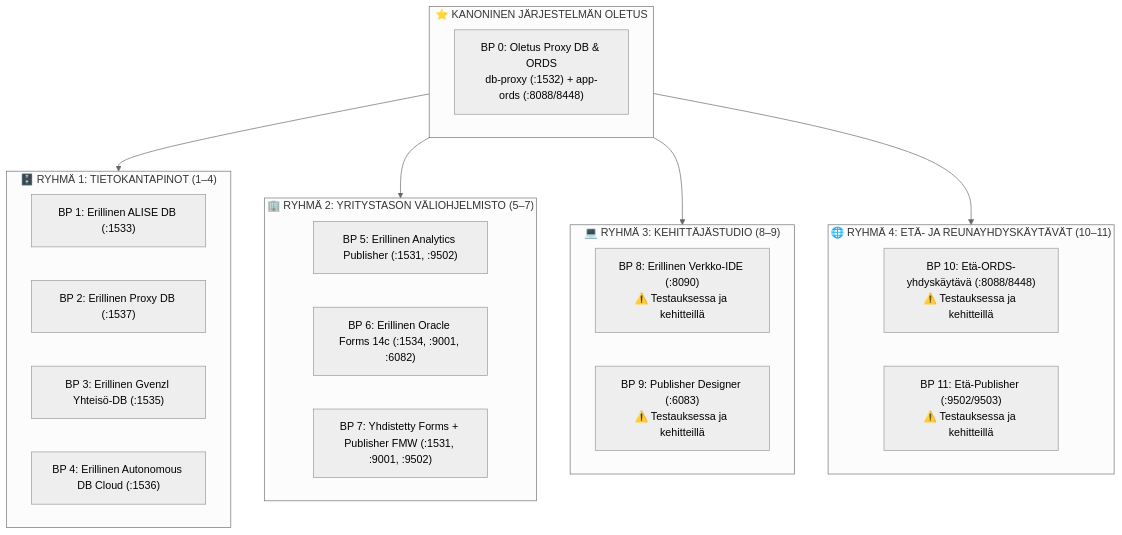
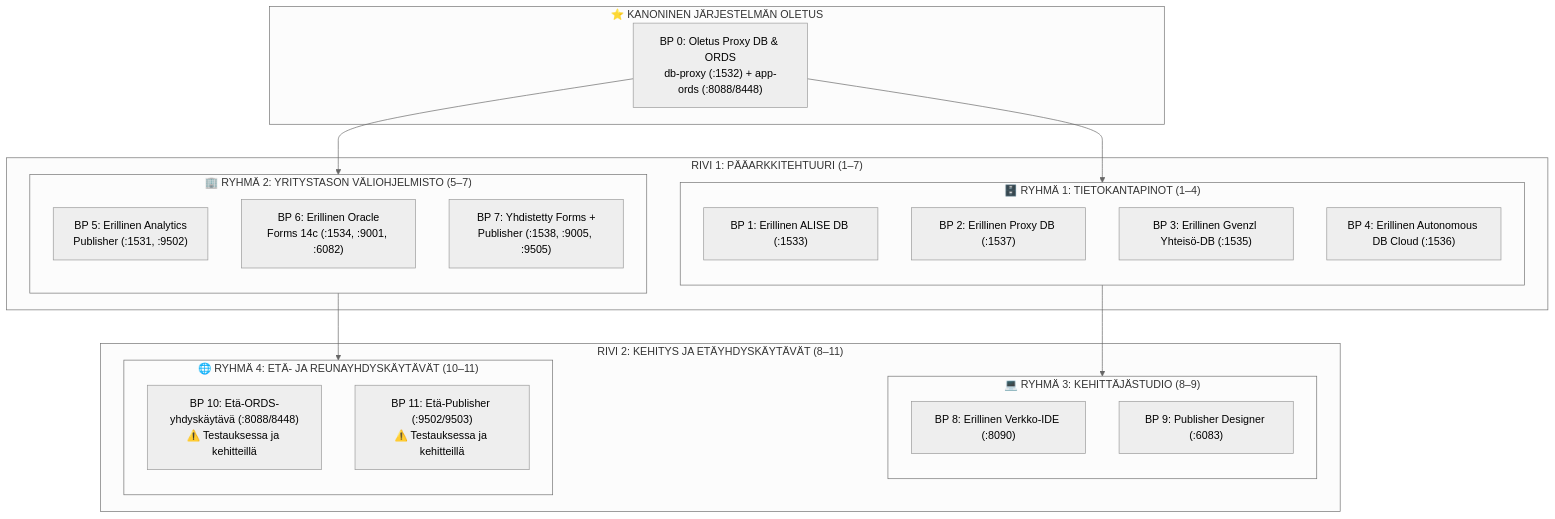
The diagram in config/blueprints/README.fi.md (alahe/oracle-devops-platform), drawn with Mermaid (neutral theme) before and after one commit. The commit also changed other lines of this file and 412 other files, not shown here.

````diff
--- a/config/blueprints/README.fi.md
+++ b/config/blueprints/README.fi.md
@@ -7,34 +7,42 @@
 ```mermaid
 flowchart TD
     subgraph Default ["⭐ KANONINEN JÄRJESTELMÄN OLETUS"]
         BP0["BP 0: Oletus Proxy DB & ORDS<br/>db-proxy (:1532) + app-ords (:8088/8448)"]
     end
 
-    subgraph DatabaseStacks ["🗄️ RYHMÄ 1: TIETOKANTAPINOT (1–4)"]
-        BP1["BP 1: Erillinen ALISE DB (:1533)"]
-        BP2["BP 2: Erillinen Proxy DB (:1537)"]
-        BP3["BP 3: Erillinen Gvenzl Yhteisö-DB (:1535)"]
-        BP4["BP 4: Erillinen Autonomous DB Cloud (:1536)"]
+    subgraph Tier1 ["RIVI 1: PÄÄARKKITEHTUURI (1–7)"]
+        subgraph DatabaseStacks ["🗄️ RYHMÄ 1: TIETOKANTAPINOT (1–4)"]
+            direction TB
+            BP1["BP 1: Erillinen ALISE DB (:1533)"]
+            BP2["BP 2: Erillinen Proxy DB (:1537)"]
+            BP3["BP 3: Erillinen Gvenzl Yhteisö-DB (:1535)"]
+            BP4["BP 4: Erillinen Autonomous DB Cloud (:1536)"]
+        end
+
+        subgraph Middleware ["🏢 RYHMÄ 2: YRITYSTASON VÄLIOHJELMISTO (5–7)"]
+            direction TB
+            BP5["BP 5: Erillinen Analytics<br/>Publisher (:1531, :9502)"]
+            BP6["BP 6: Erillinen Oracle<br/>Forms 14c (:1534, :9001, :6082)"]
+            BP7["BP 7: Yhdistetty Forms +<br/>Publisher (:1538, :9005, :9505)"]
+        end
     end
 
-    subgraph Middleware ["🏢 RYHMÄ 2: YRITYSTASON VÄLIOHJELMISTO (5–7)"]
-        BP5["BP 5: Erillinen Analytics Publisher (:1531, :9502)"]
-        BP6["BP 6: Erillinen Oracle Forms 14c (:1534, :9001, :6082)"]
-        BP7["BP 7: Yhdistetty Forms + Publisher FMW (:1531, :9001, :9502)"]
+    subgraph Tier2 ["RIVI 2: KEHITYS JA ETÄYHDYSKÄYTÄVÄT (8–11)"]
+        subgraph DeveloperStudio ["💻 RYHMÄ 3: KEHITTÄJÄSTUDIO (8–9)"]
+            direction TB
+            BP8["BP 8: Erillinen Verkko-IDE (:8090)"]
+            BP9["BP 9: Publisher Designer (:6083)"]
+        end
+
+        subgraph RemoteGateways ["🌐 RYHMÄ 4: ETÄ- JA REUNAYHDYSKÄYTÄVÄT (10–11)"]
+            direction TB
+            BP10["BP 10: Etä-ORDS-yhdyskäytävä (:8088/8448)<br/>⚠️ Testauksessa ja kehitteillä"]
+            BP11["BP 11: Etä-Publisher (:9502/9503)<br/>⚠️ Testauksessa ja kehitteillä"]
+        end
     end
 
-    subgraph DeveloperStudio ["💻 RYHMÄ 3: KEHITTÄJÄSTUDIO (8–9)"]
-        BP8["BP 8: Erillinen Verkko-IDE (:8090)<br/>⚠️ Testauksessa ja kehitteillä"]
-        BP9["BP 9: Publisher Designer (:6083)<br/>⚠️ Testauksessa ja kehitteillä"]
-    end
-
-    subgraph RemoteGateways ["🌐 RYHMÄ 4: ETÄ- JA REUNAYHDYSKÄYTÄVÄT (10–11)"]
-        BP10["BP 10: Etä-ORDS-yhdyskäytävä (:8088/8448)<br/>⚠️ Testauksessa ja kehitteillä"]
-        BP11["BP 11: Etä-Publisher (:9502/9503)<br/>⚠️ Testauksessa ja kehitteillä"]
-    end
-
-    Default --> DatabaseStacks
-    Default --> Middleware
-    Default --> DeveloperStudio
-    Default --> RemoteGateways
+    BP0 --> BP1
+    BP0 --> BP5
+    BP1 --> BP8
+    BP5 --> BP10
 ```
````
